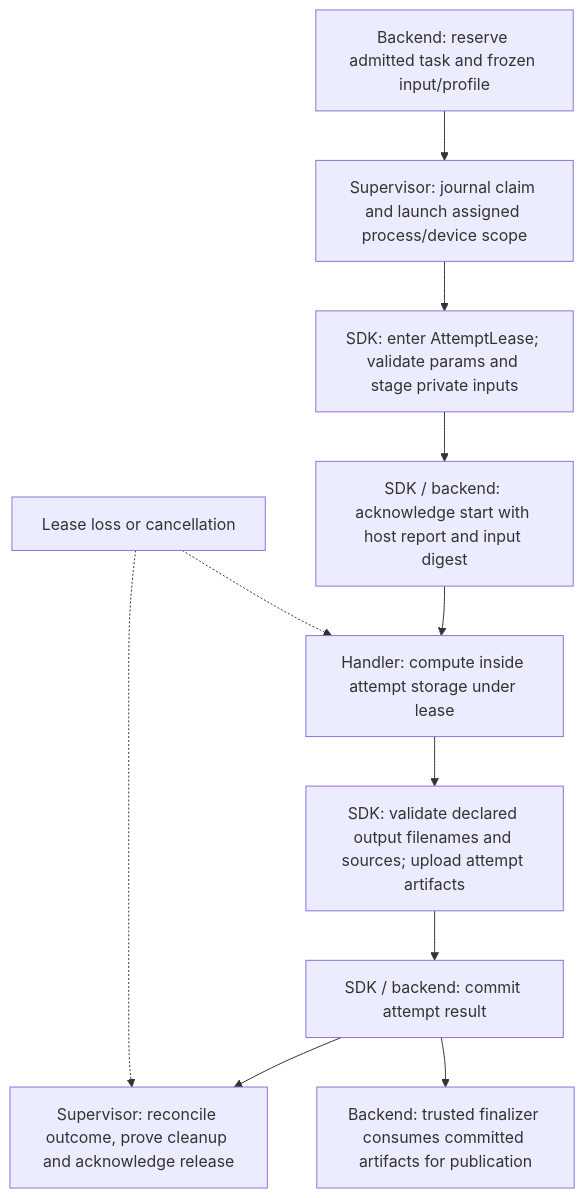
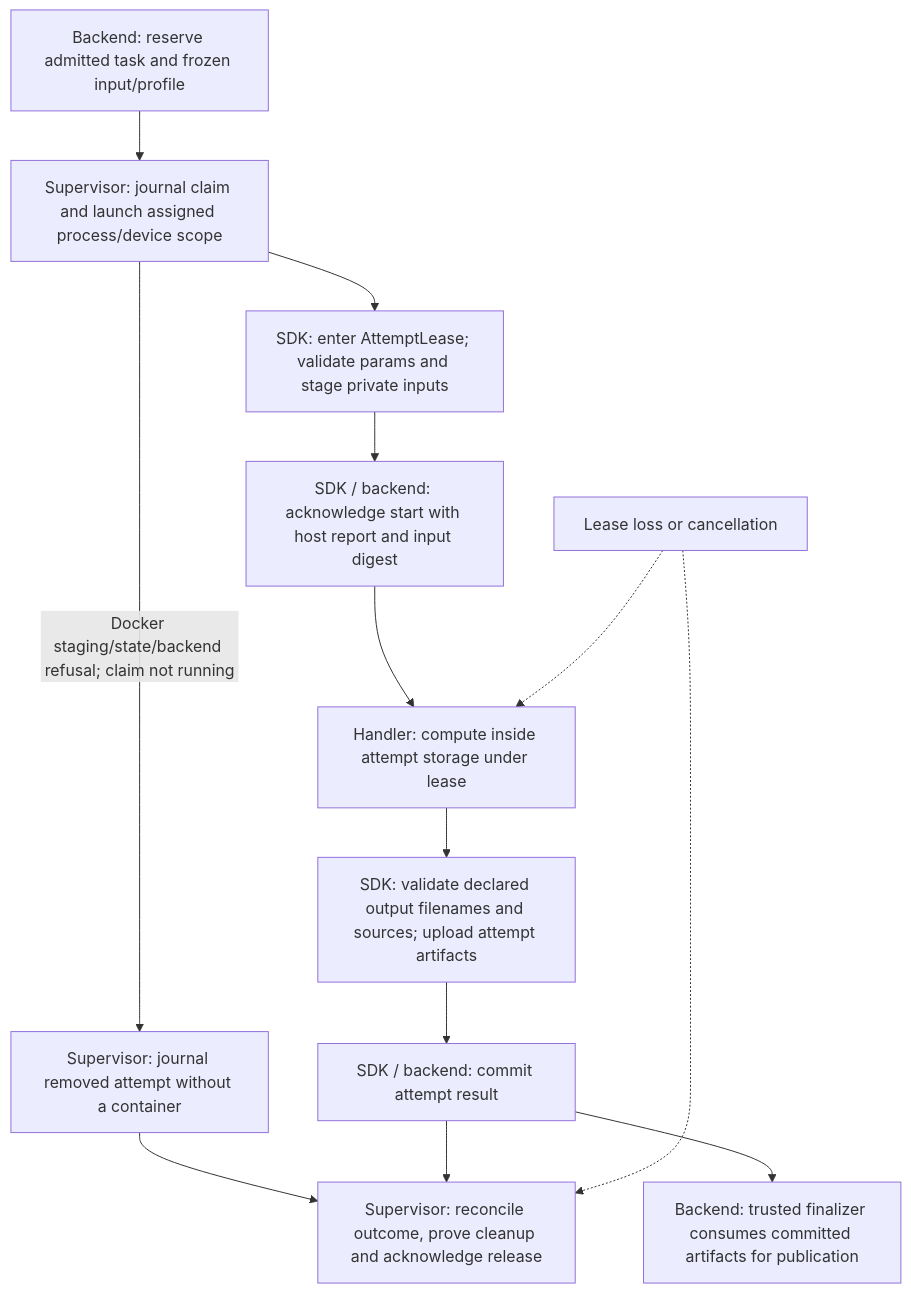
The second of 2 diagrams in docs/fleet/workflow-standard.md (SyngularXR/task-worker-api), drawn with Mermaid before and after one commit. The commit also changed other lines of this file and 2 other files, not shown here.

Commit message:
fix(supervisor): journal refused Docker launches for recovery (#156)

````diff
--- a/docs/fleet/workflow-standard.md
+++ b/docs/fleet/workflow-standard.md
@@ -101,13 +101,15 @@
 ```mermaid
 flowchart TD
     backend["Backend: reserve admitted task and frozen input/profile"] --> supervisor["Supervisor: journal claim and launch assigned process/device scope"]
     supervisor --> stage["SDK: enter AttemptLease; validate params and stage private inputs"]
+    supervisor -->|Docker staging/state/backend refusal; claim not running| refused["Supervisor: journal removed attempt without a container"]
+    refused --> reconcile
     stage --> start["SDK / backend: acknowledge start with host report and input digest"]
     start --> handler["Handler: compute inside attempt storage under lease"]
     handler --> outputs["SDK: validate declared output filenames and sources; upload attempt artifacts"]
     outputs --> commit["SDK / backend: commit attempt result"]
     commit --> reconcile["Supervisor: reconcile outcome, prove cleanup and acknowledge release"]
     commit --> finalizer["Backend: trusted finalizer consumes committed artifacts for publication"]
     cancel["Lease loss or cancellation"] -.-> handler
     cancel -.-> reconcile
 ```
````
